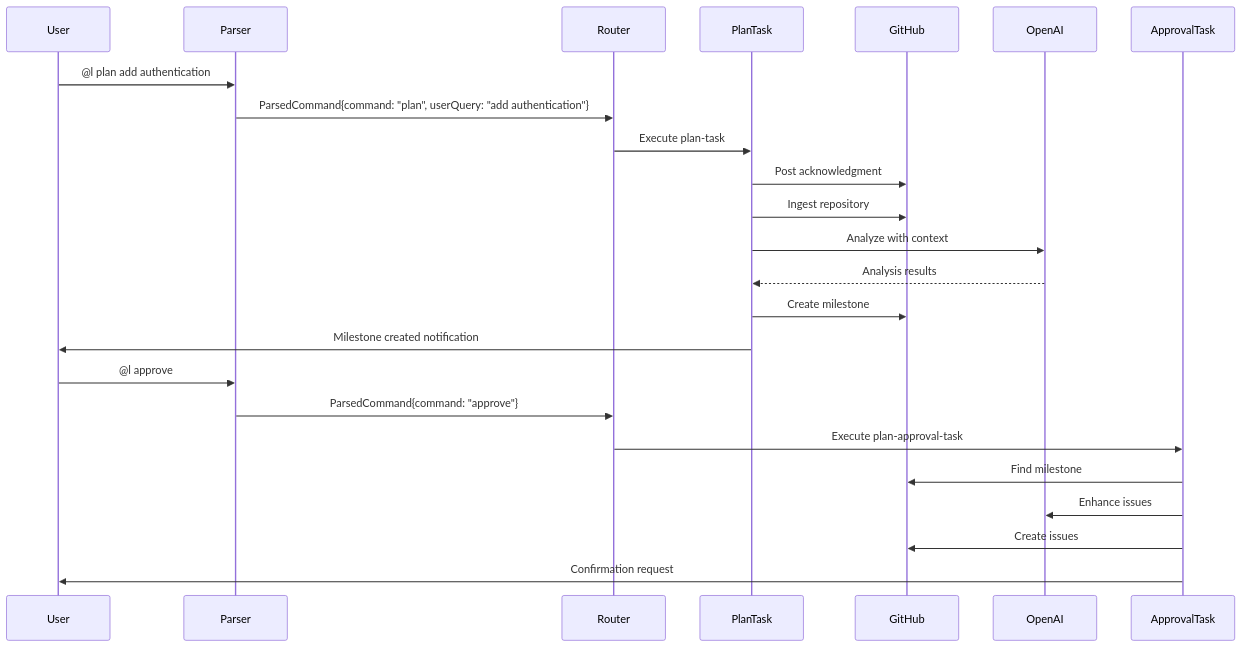
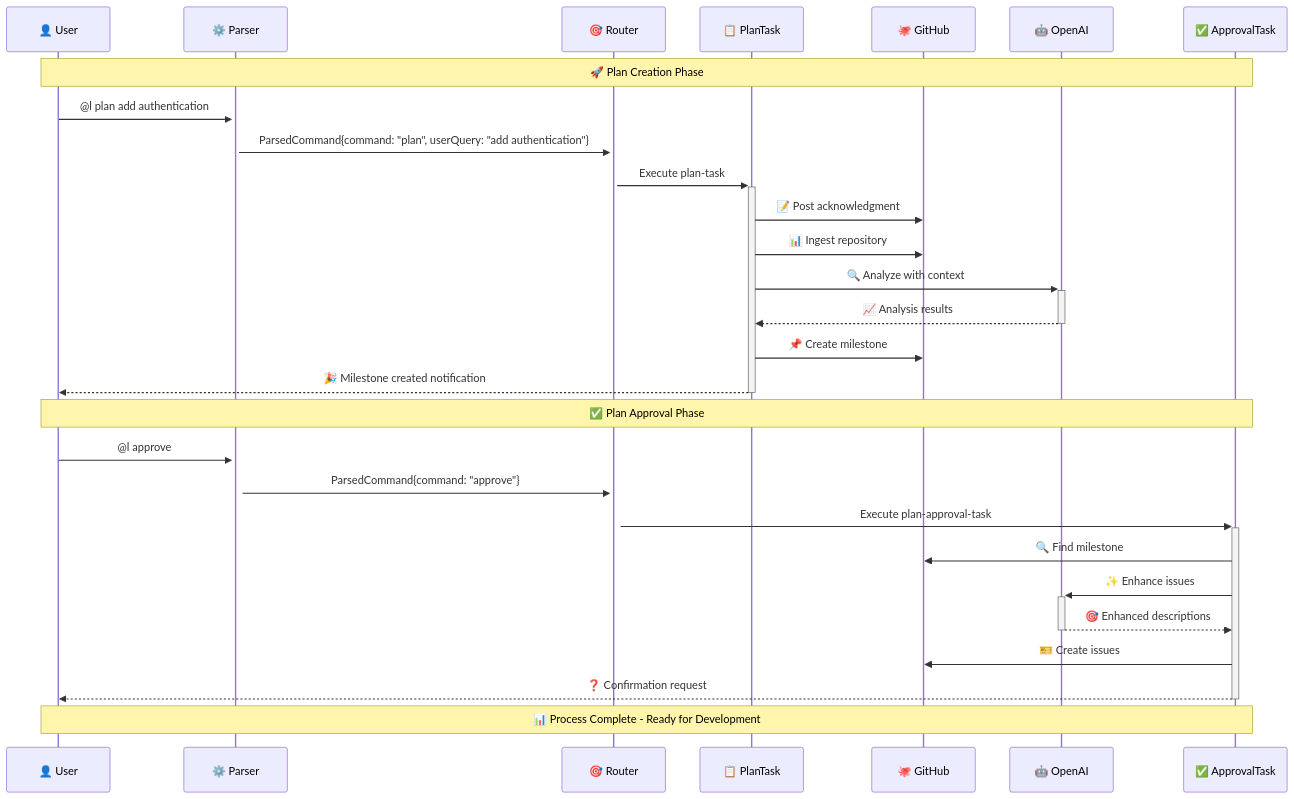
Before and after one commit to larp0/uwularpy: the third of 5 diagrams in AT_L_PLAN_COMPLETE_DOCUMENTATION.md, drawn with Mermaid. The commit also changed other lines of this file and 1 other file, not shown here.

Commit message:
Improve mermaid diagrams with enhanced styling, icons, and visual hierarchy

````diff
--- a/AT_L_PLAN_COMPLETE_DOCUMENTATION.md
+++ b/AT_L_PLAN_COMPLETE_DOCUMENTATION.md
@@ -92,28 +132,34 @@
 ```mermaid
 sequenceDiagram
-    participant User
-    participant Parser
-    participant Router
-    participant PlanTask
-    participant GitHub
-    participant OpenAI
-    participant ApprovalTask
+    participant U as 👤 User
+    participant P as ⚙️ Parser
+    participant R as 🎯 Router
+    participant PT as 📋 PlanTask
+    participant GH as 🐙 GitHub
+    participant AI as 🤖 OpenAI
+    participant AT as ✅ ApprovalTask
     
-    User->>Parser: @l plan add authentication
-    Parser->>Router: ParsedCommand{command: "plan", userQuery: "add authentication"}
-    Router->>PlanTask: Execute plan-task
-    PlanTask->>GitHub: Post acknowledgment
-    PlanTask->>GitHub: Ingest repository
-    PlanTask->>OpenAI: Analyze with context
-    OpenAI-->>PlanTask: Analysis results
-    PlanTask->>GitHub: Create milestone
-    PlanTask->>User: Milestone created notification
+    Note over U,AT: 🚀 Plan Creation Phase
+    U->>+P: @l plan add authentication
+    P->>+R: ParsedCommand{command: "plan", userQuery: "add authentication"}
+    R->>+PT: Execute plan-task
+    PT->>GH: 📝 Post acknowledgment
+    PT->>GH: 📊 Ingest repository
+    PT->>+AI: 🔍 Analyze with context
+    AI-->>-PT: 📈 Analysis results
+    PT->>GH: 📌 Create milestone
+    PT-->>-U: 🎉 Milestone created notification
     
-    User->>Parser: @l approve
-    Parser->>Router: ParsedCommand{command: "approve"}
-    Router->>ApprovalTask: Execute plan-approval-task
-    ApprovalTask->>GitHub: Find milestone
-    ApprovalTask->>OpenAI: Enhance issues
-    ApprovalTask->>GitHub: Create issues
-    ApprovalTask->>User: Confirmation request
+    Note over U,AT: ✅ Plan Approval Phase
+    U->>+P: @l approve
+    P->>+R: ParsedCommand{command: "approve"}
+    R->>+AT: Execute plan-approval-task
+    AT->>GH: 🔍 Find milestone
+    AT->>+AI: ✨ Enhance issues
+    AI-->>-AT: 🎯 Enhanced descriptions
+    AT->>GH: 🎫 Create issues
+    AT-->>-U: ❓ Confirmation request
+    
+    %% Enhanced styling for better readability
+    Note over U,AT: 📊 Process Complete - Ready for Development
 ```
````
